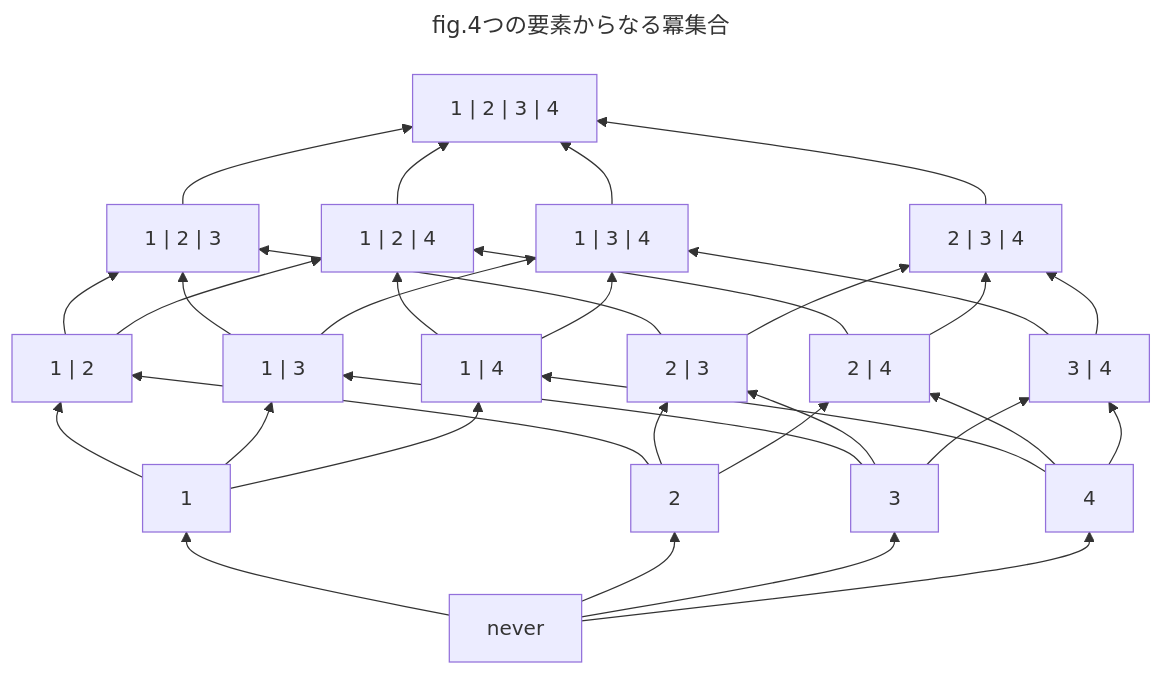
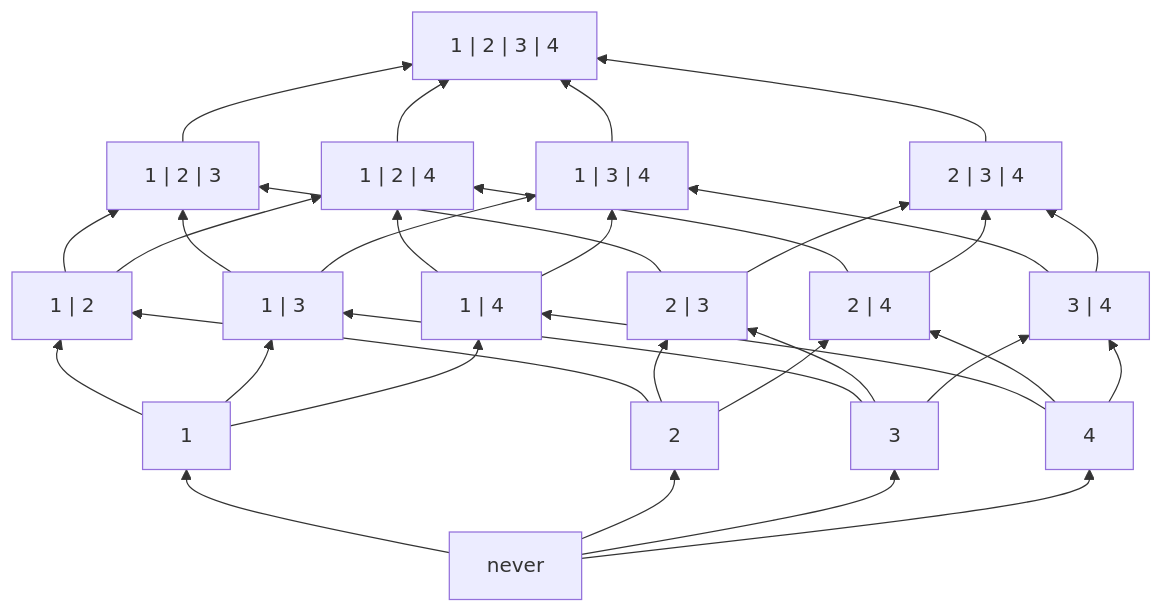
The fourth of 14 diagrams in books/algebraic-subtyping-models/6-ast-set-theoretic-model.md (yo-goto/zenn-public-repo), drawn with Mermaid before and after one commit. The commit also changed other lines of this file, not shown here.

Commit message:
🐛 fix(chapter): 集合論の章でmermaidグラフからタイトルを除去(数字管理が面倒なので)

````diff
--- a/books/algebraic-subtyping-models/6-ast-set-theoretic-model.md
+++ b/books/algebraic-subtyping-models/6-ast-set-theoretic-model.md
@@ -311,48 +305,45 @@
 ```mermaid
----
-title: fig.4つの要素からなる冪集合
----
 graph BT
   B["never"]
   1["1"]
   2["2"]
   3["3"]
   4["4"]
   12["1 | 2"]
   14["1 | 4"]
   23["2 | 3"]
   24["2 | 4"]
   13["1 | 3"]
   34["3 | 4"]
   124["1 | 2 | 4"]
   123["1 | 2 | 3"]
   234["2 | 3 | 4"]
   134["1 | 3 | 4"]
   T["1 | 2 | 3 | 4"]
   B --> 1 & 2 & 3 & 4
   1 --> 12
   2 --> 12
   3 --> 13
   1 --> 13
   2 --> 23
   3 --> 23
   2 --> 24
   1 --> 14
   4 --> 14
   4 --> 24
   4 --> 34
   3 --> 34
   12 --> 123
   13 --> 123
   13 --> 134
   23 --> 123
   12 --> 124
   14 --> 124
   14 --> 134
   24 --> 124
   23 --> 234
   24 --> 234
   34 --> 134
   34 --> 234
   123 & 234 & 134 & 124 --> T
 ```
````
